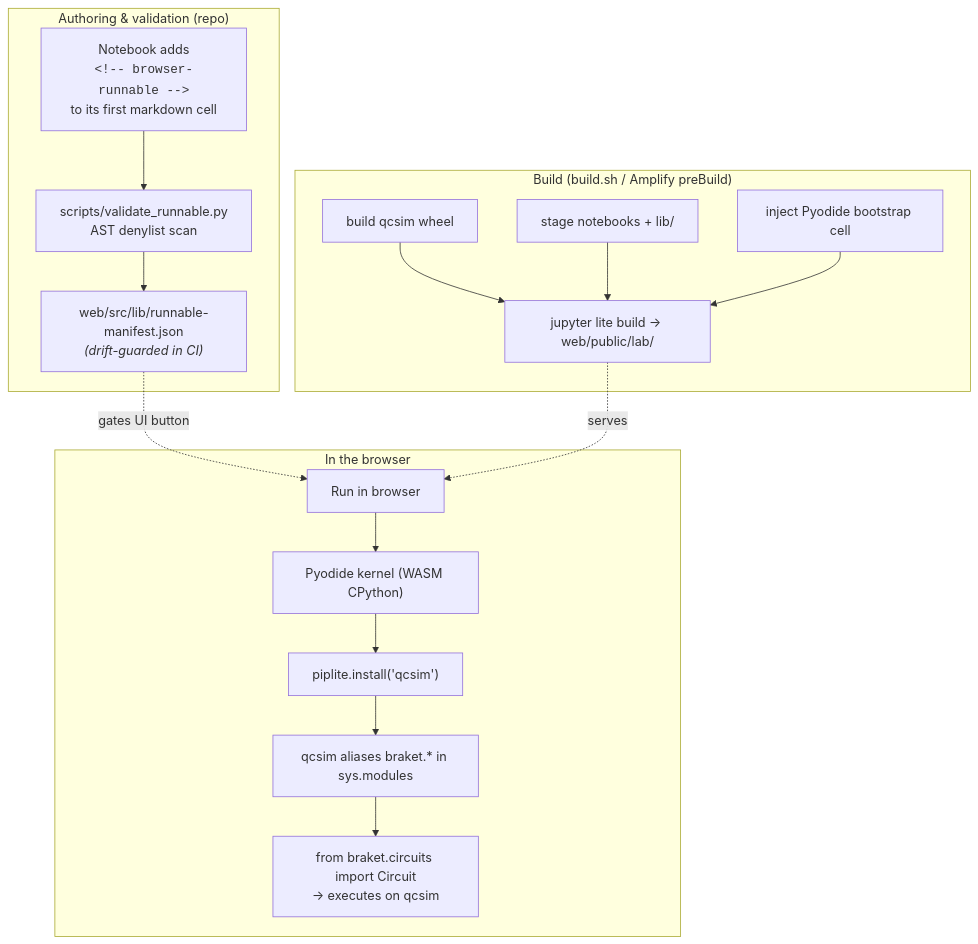
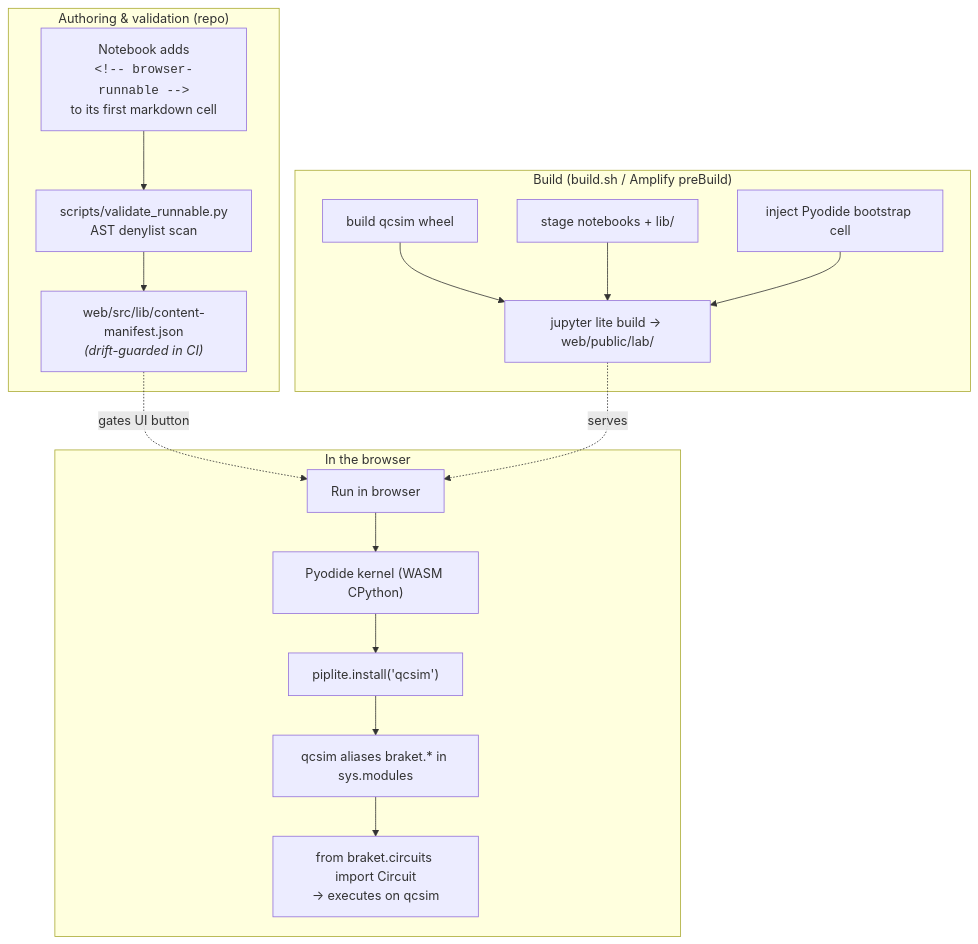
One commit to AltivumInc-Admin/quantum-computing changed the second of 5 diagrams in README.md. Above: the diagram before and after it, drawn with Mermaid. The commit also changed other lines of this file and 100 other files, not shown here.

````diff
--- a/README.md
+++ b/README.md
@@ -178,28 +178,28 @@
 ```mermaid
 flowchart TB
     subgraph authoring["Authoring & validation (repo)"]
         mark["Notebook adds<br/><code>&lt;!-- browser-runnable --&gt;</code><br/>to its first markdown cell"]
         scan["scripts/validate_runnable.py<br/>AST denylist scan"]
-        man["web/src/lib/runnable-manifest.json<br/><i>(drift-guarded in CI)</i>"]
+        man["web/src/lib/content-manifest.json<br/><i>(drift-guarded in CI)</i>"]
         mark --> scan --> man
     end
     subgraph build["Build (build.sh / Amplify preBuild)"]
         wheel["build qcsim wheel"]
         stage["stage notebooks + lib/"]
         boot["inject Pyodide bootstrap cell"]
         lite["jupyter lite build → web/public/lab/"]
         wheel --> lite
         stage --> lite
         boot --> lite
     end
     subgraph browser["In the browser"]
         run["Run in browser"]
         kern["Pyodide kernel (WASM CPython)"]
         pip["piplite.install('qcsim')"]
         alias["qcsim aliases braket.* in sys.modules"]
         exec["from braket.circuits import Circuit<br/>→ executes on qcsim"]
         run --> kern --> pip --> alias --> exec
     end
     man -.gates UI button.-> run
     lite -.serves.-> run
 ```
````
